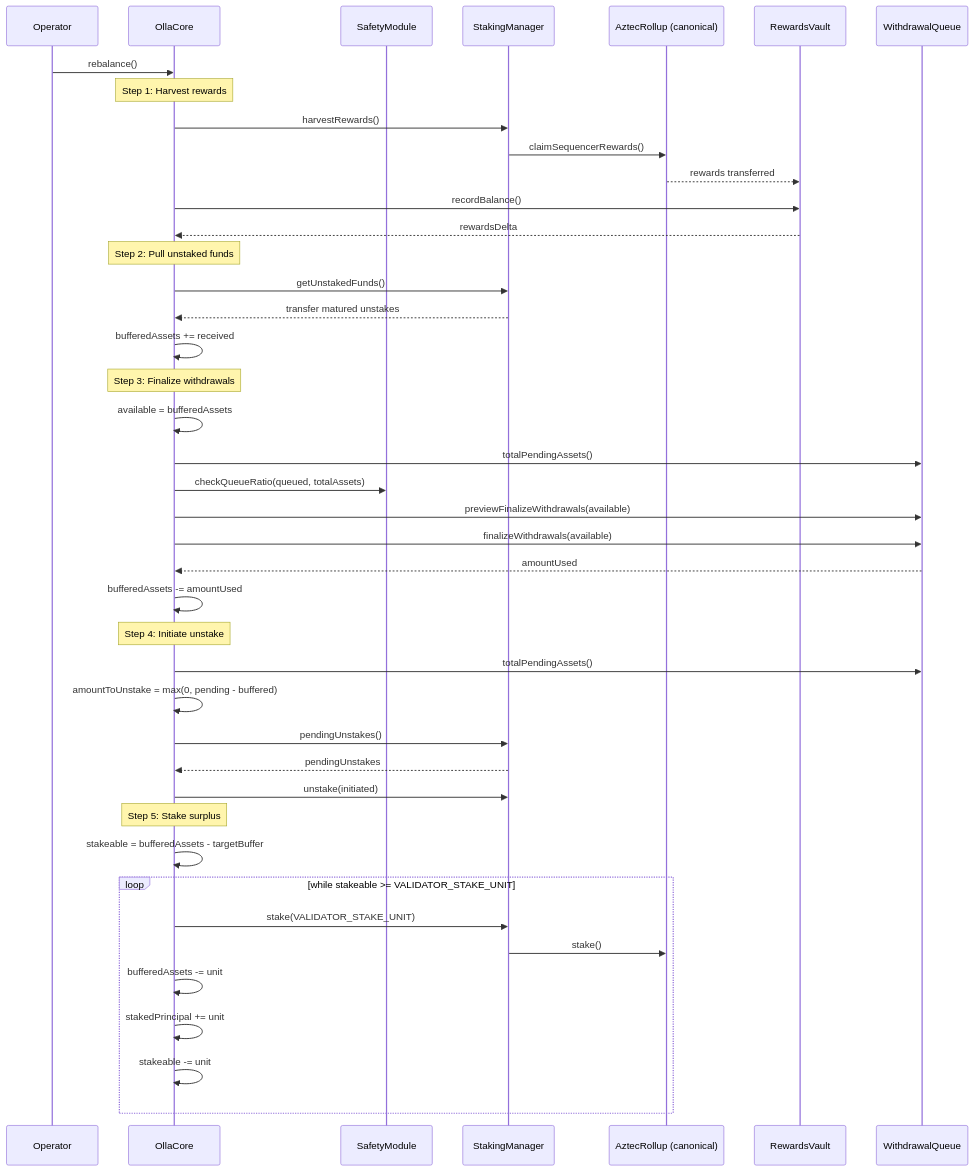
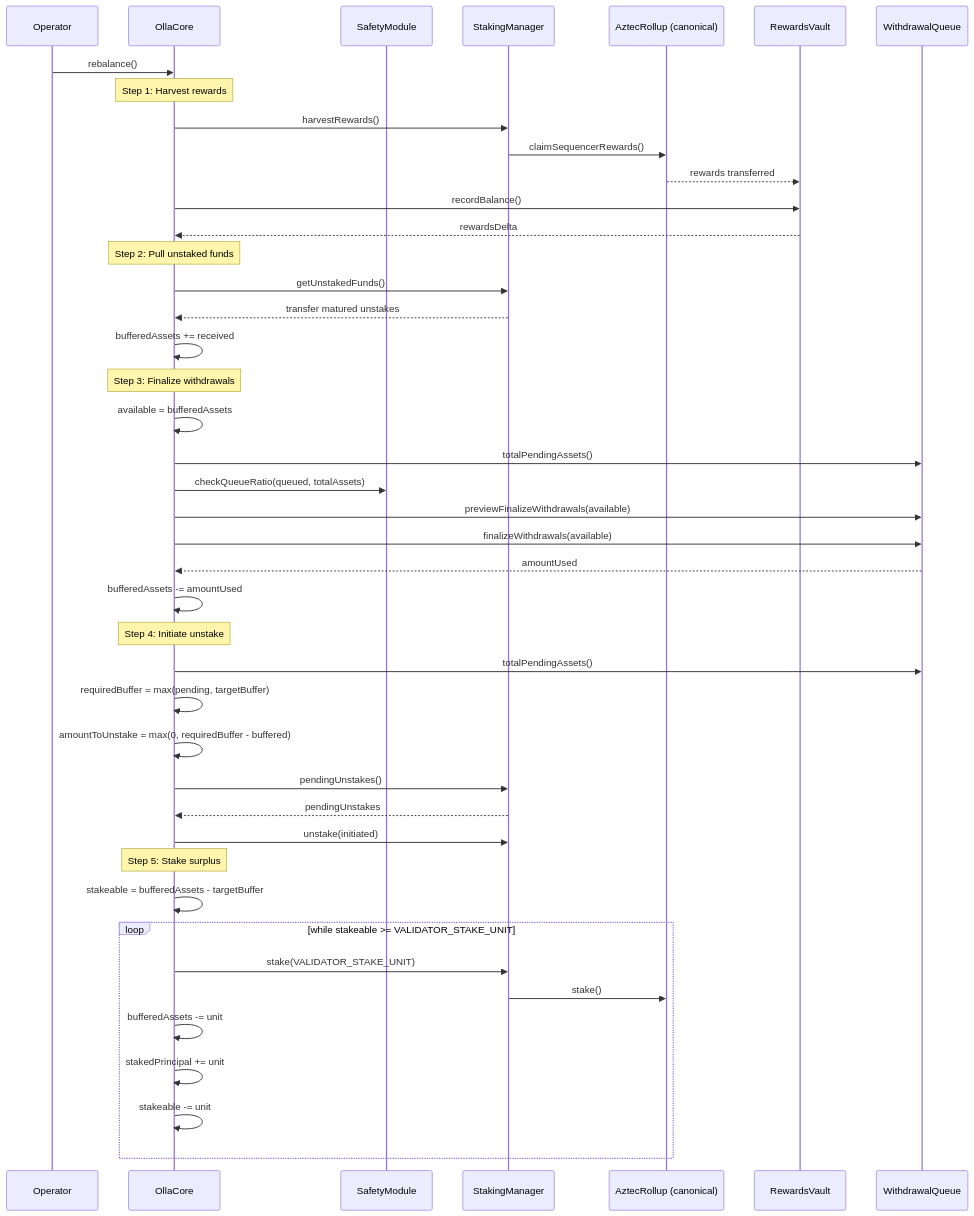
One commit to ollafinance/core changed the eighth of 9 diagrams in mermaid-diagrams.md. Above: the diagram before and after it, drawn with Mermaid. The commit also changed other lines of this file and 1 other file, not shown here.

Commit message:
update diagrams

````diff
--- a/mermaid-diagrams.md
+++ b/mermaid-diagrams.md
@@ -261,50 +262,51 @@
 ```mermaid
 sequenceDiagram
     participant OP as Operator
     participant C as OllaCore
     participant SAF as SafetyModule
     participant SM as StakingManager
     participant AR as AztecRollup (canonical)
     participant RV as RewardsVault
     participant WQ as WithdrawalQueue
 
     OP->>C: rebalance()
 
     Note over C: Step 1: Harvest rewards
     C->>SM: harvestRewards()
     SM->>AR: claimSequencerRewards()
     AR-->>RV: rewards transferred
     C->>RV: recordBalance()
     RV-->>C: rewardsDelta
 
     Note over C: Step 2: Pull unstaked funds
     C->>SM: getUnstakedFunds()
     SM-->>C: transfer matured unstakes
     C->>C: bufferedAssets += received
 
     Note over C: Step 3: Finalize withdrawals
     C->>C: available = bufferedAssets
     C->>WQ: totalPendingAssets()
     C->>SAF: checkQueueRatio(queued, totalAssets)
     C->>WQ: previewFinalizeWithdrawals(available)
     C->>WQ: finalizeWithdrawals(available)
     WQ-->>C: amountUsed
     C->>C: bufferedAssets -= amountUsed
 
     Note over C: Step 4: Initiate unstake
     C->>WQ: totalPendingAssets()
-    C->>C: amountToUnstake = max(0, pending - buffered)
+    C->>C: requiredBuffer = max(pending, targetBuffer)
+    C->>C: amountToUnstake = max(0, requiredBuffer - buffered)
     C->>SM: pendingUnstakes()
     SM-->>C: pendingUnstakes
     C->>SM: unstake(initiated)
 
     Note over C: Step 5: Stake surplus
     C->>C: stakeable = bufferedAssets - targetBuffer
     loop while stakeable >= VALIDATOR_STAKE_UNIT
         C->>SM: stake(VALIDATOR_STAKE_UNIT)
         SM->>AR: stake()
         C->>C: bufferedAssets -= unit
         C->>C: stakedPrincipal += unit
         C->>C: stakeable -= unit
     end
 ```
````
